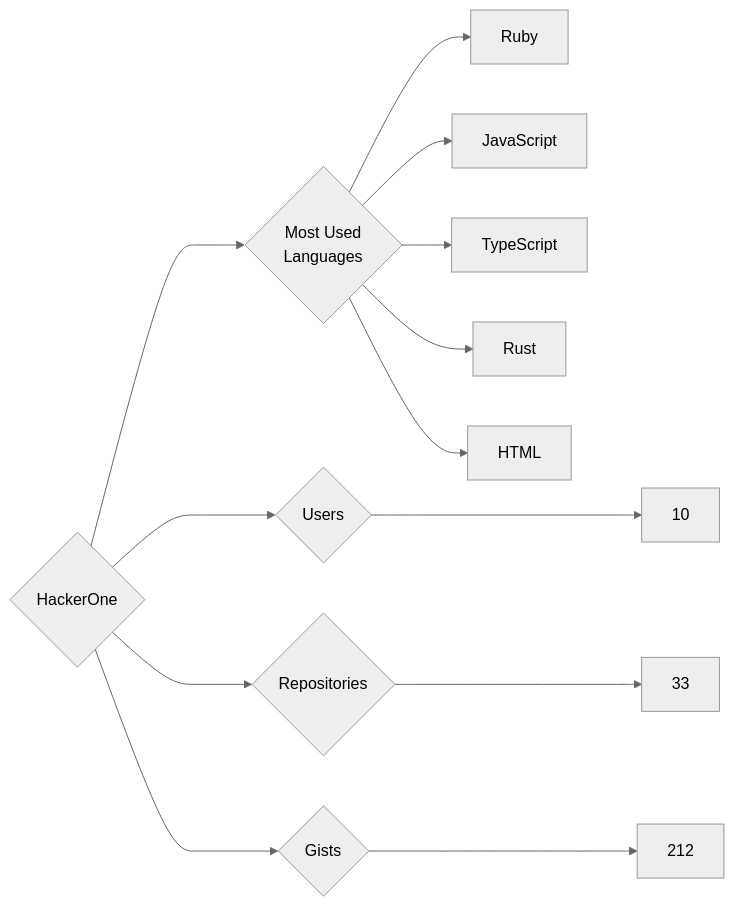
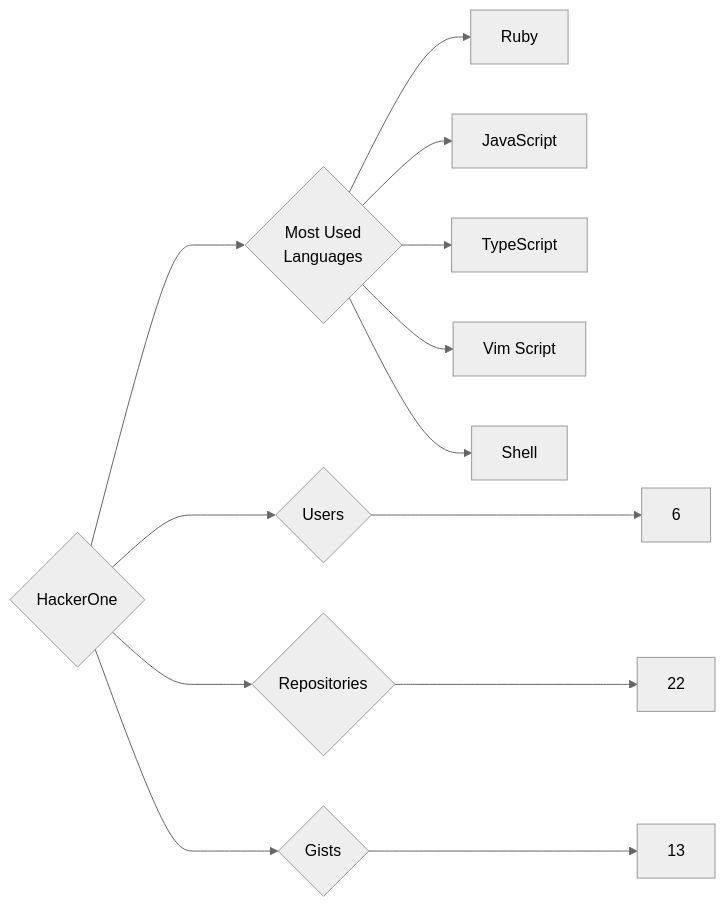
Before and after one commit to trickest/insiders: the diagram in targets/HackerOne/README.md, drawn with Mermaid (neutral theme). The commit also changed 933 other files, not shown here.

````diff
--- a/targets/HackerOne/README.md
+++ b/targets/HackerOne/README.md
@@ -3,13 +3,13 @@
 ```mermaid
 graph LR
 COMPANY_NAME{HackerOne}
-COMPANY_NAME ---> U{Users} ---> UN[10]
-COMPANY_NAME ---> R{Repositories} ---> RN[33]
-COMPANY_NAME ---> G{Gists} ---> GN[212]
+COMPANY_NAME ---> U{Users} ---> UN[6]
+COMPANY_NAME ---> R{Repositories} ---> RN[22]
+COMPANY_NAME ---> G{Gists} ---> GN[13]
 COMPANY_NAME ---> ML{Most Used<br>Languages}
 ML --> Ruby[Ruby]
 ML --> JavaScript[JavaScript]
 ML --> TypeScript[TypeScript]
-ML --> Rust[Rust]
-ML --> HTML[HTML]
+ML --> Vim_Script[Vim Script]
+ML --> Shell[Shell]
 ```
````
